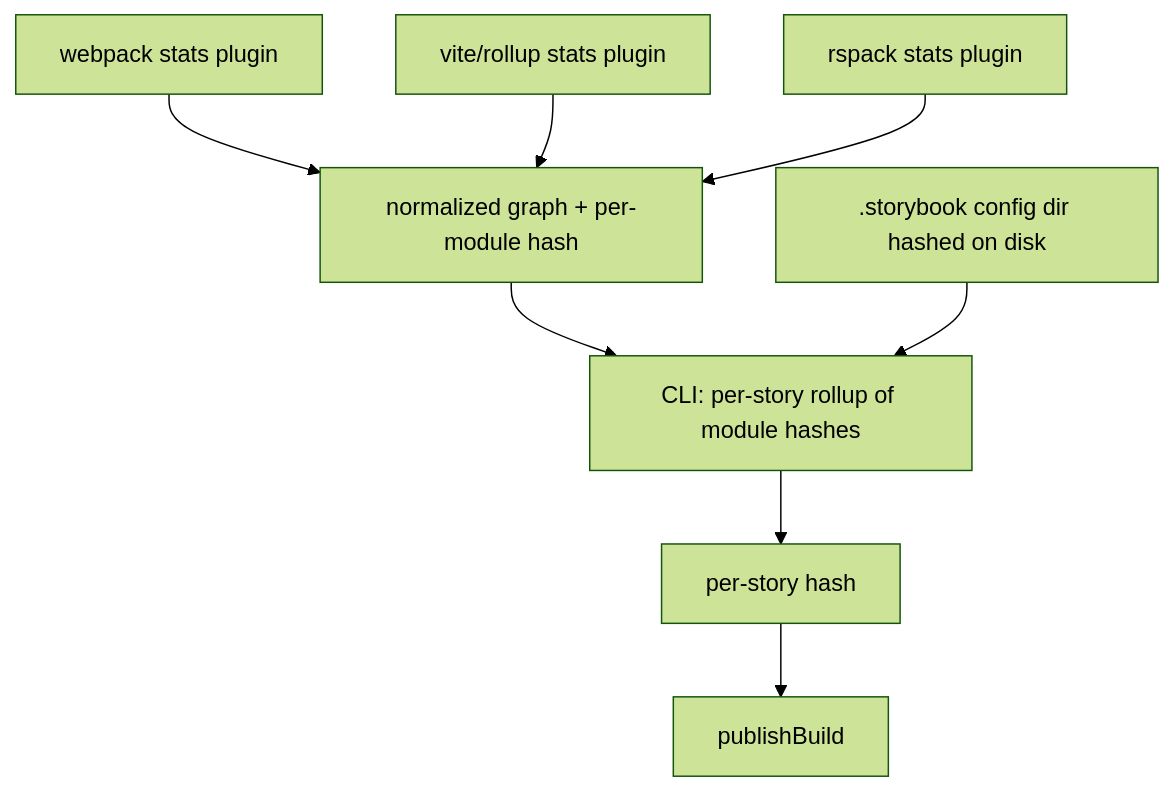
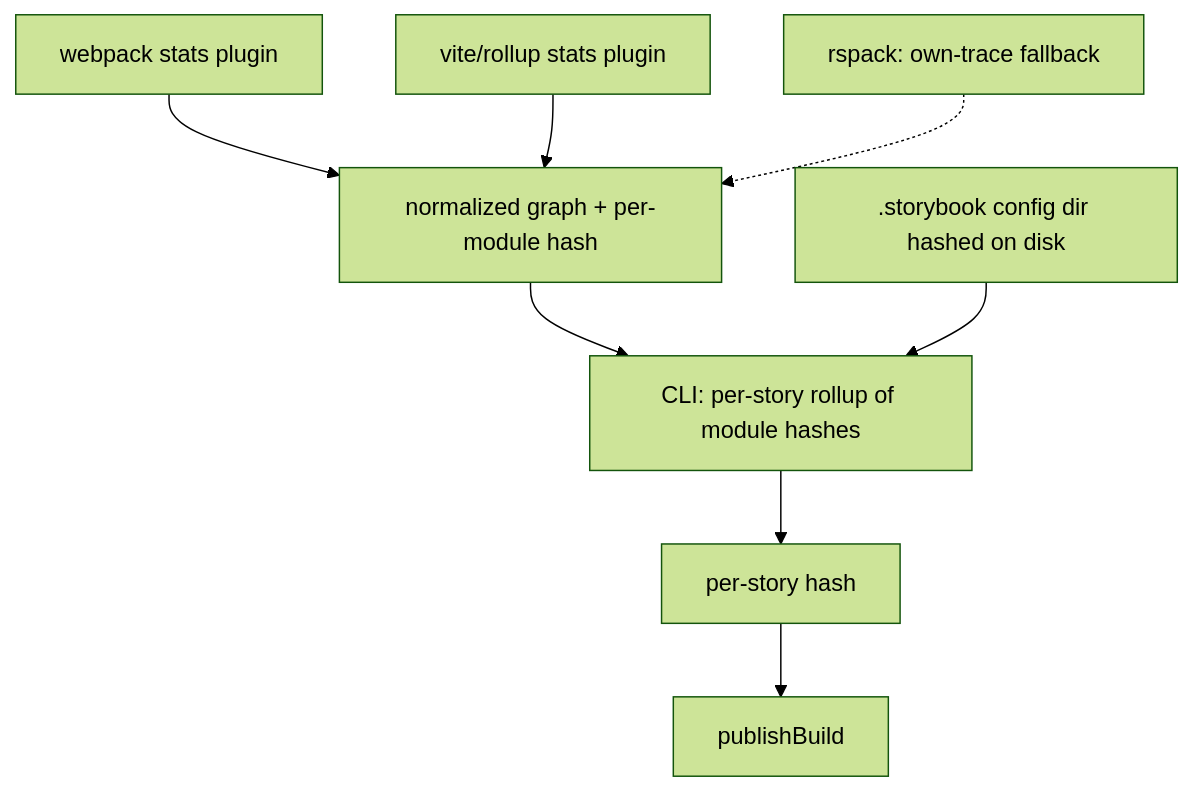
The sixth of 6 diagrams in docs/hash-based-turbosnap.md (codykaup/chromatic-cli), drawn with Mermaid (forest theme) before and after one commit. The commit also changed other lines of this file, not shown here.

````diff
--- a/docs/hash-based-turbosnap.md
+++ b/docs/hash-based-turbosnap.md
@@ -300,10 +337,10 @@
 ```mermaid
 flowchart TD
   W[webpack stats plugin] --> NG[normalized graph + per-module hash]
   V[vite/rollup stats plugin] --> NG
-  R[rspack stats plugin] --> NG
+  R[rspack: own-trace fallback] -.-> NG
   NG --> RU[CLI: per-story rollup of module hashes]
   CFG[.storybook config dir hashed on disk] --> RU
   RU --> H[per-story hash]
   H --> API[publishBuild]
 ```
````
